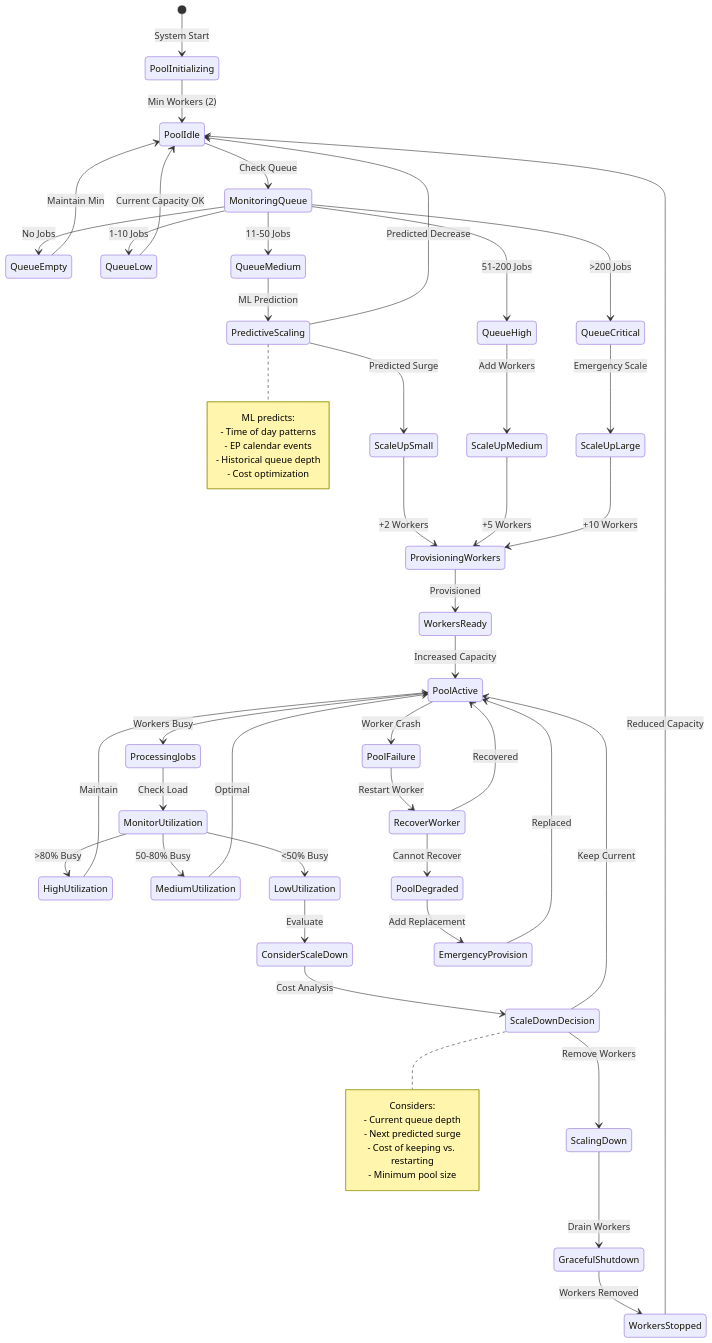
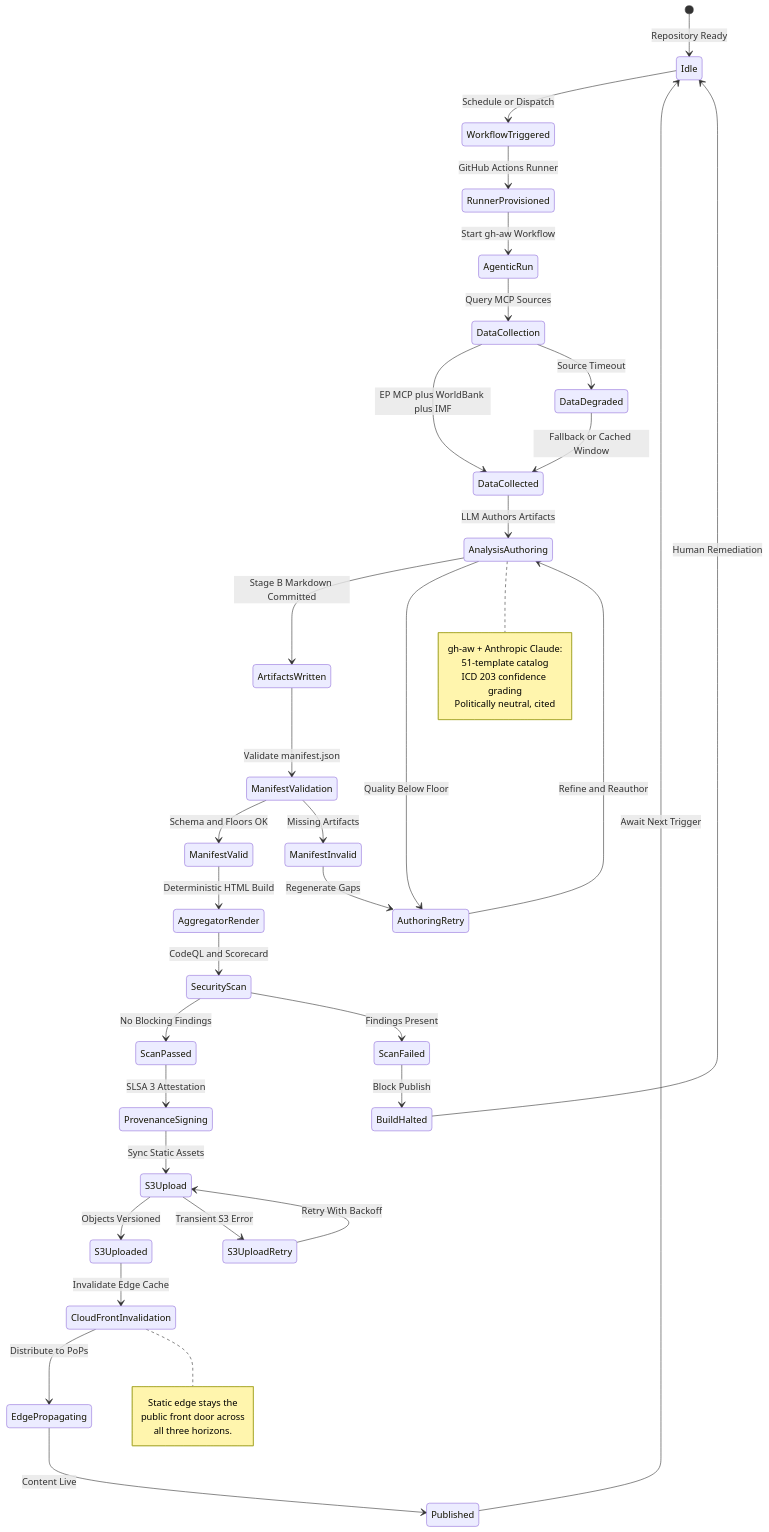
One commit to Hack23/euparliamentmonitor changed the second of 9 diagrams in FUTURE_STATEDIAGRAM.md. Above: the diagram before and after it, drawn with Mermaid. The commit also changed other lines of this file and 5 other files, not shown here.

Commit message:
docs: rewrite FUTURE architecture portfolio for v2.0/v3.0 all-in-AWS vision

````diff
--- a/FUTURE_STATEDIAGRAM.md
+++ b/FUTURE_STATEDIAGRAM.md
@@ -439,75 +178,57 @@
 ```mermaid
 stateDiagram-v2
-    [*] --> PoolInitializing: System Start
+    [*] --> Idle: Repository Ready
 
-    PoolInitializing --> PoolIdle: Min Workers (2)
+    Idle --> WorkflowTriggered: Schedule or Dispatch
+    WorkflowTriggered --> RunnerProvisioned: GitHub Actions Runner
 
-    PoolIdle --> MonitoringQueue: Check Queue
+    RunnerProvisioned --> AgenticRun: Start gh-aw Workflow
+    AgenticRun --> DataCollection: Query MCP Sources
 
-    MonitoringQueue --> QueueEmpty: No Jobs
-    MonitoringQueue --> QueueLow: 1-10 Jobs
-    MonitoringQueue --> QueueMedium: 11-50 Jobs
-    MonitoringQueue --> QueueHigh: 51-200 Jobs
-    MonitoringQueue --> QueueCritical: >200 Jobs
+    DataCollection --> DataCollected: EP MCP plus WorldBank plus IMF
+    DataCollection --> DataDegraded: Source Timeout
+    DataDegraded --> DataCollected: Fallback or Cached Window
 
-    QueueEmpty --> PoolIdle: Maintain Min
-    QueueLow --> PoolIdle: Current Capacity OK
+    DataCollected --> AnalysisAuthoring: LLM Authors Artifacts
+    AnalysisAuthoring --> ArtifactsWritten: Stage B Markdown Committed
+    AnalysisAuthoring --> AuthoringRetry: Quality Below Floor
+    AuthoringRetry --> AnalysisAuthoring: Refine and Reauthor
 
-    QueueMedium --> PredictiveScaling: ML Prediction
-    PredictiveScaling --> ScaleUpSmall: Predicted Surge
-    PredictiveScaling --> PoolIdle: Predicted Decrease
+    ArtifactsWritten --> ManifestValidation: Validate manifest.json
+    ManifestValidation --> ManifestValid: Schema and Floors OK
+    ManifestValidation --> ManifestInvalid: Missing Artifacts
+    ManifestInvalid --> AuthoringRetry: Regenerate Gaps
 
-    QueueHigh --> ScaleUpMedium: Add Workers
-    QueueCritical --> ScaleUpLarge: Emergency Scale
+    ManifestValid --> AggregatorRender: Deterministic HTML Build
+    AggregatorRender --> SecurityScan: CodeQL and Scorecard
+    SecurityScan --> ScanPassed: No Blocking Findings
+    SecurityScan --> ScanFailed: Findings Present
+    ScanFailed --> BuildHalted: Block Publish
 
-    ScaleUpSmall --> ProvisioningWorkers: +2 Workers
-    ScaleUpMedium --> ProvisioningWorkers: +5 Workers
-    ScaleUpLarge --> ProvisioningWorkers: +10 Workers
+    ScanPassed --> ProvenanceSigning: SLSA 3 Attestation
+    ProvenanceSigning --> S3Upload: Sync Static Assets
 
-    ProvisioningWorkers --> WorkersReady: Provisioned
-    WorkersReady --> PoolActive: Increased Capacity
+    S3Upload --> S3Uploaded: Objects Versioned
+    S3Upload --> S3UploadRetry: Transient S3 Error
+    S3UploadRetry --> S3Upload: Retry With Backoff
 
-    PoolActive --> ProcessingJobs: Workers Busy
+    S3Uploaded --> CloudFrontInvalidation: Invalidate Edge Cache
+    CloudFrontInvalidation --> EdgePropagating: Distribute to PoPs
+    EdgePropagating --> Published: Content Live
 
-    ProcessingJobs --> MonitorUtilization: Check Load
+    Published --> Idle: Await Next Trigger
+    BuildHalted --> Idle: Human Remediation
 
-    MonitorUtilization --> HighUtilization: >80% Busy
-    MonitorUtilization --> MediumUtilization: 50-80% Busy
-    MonitorUtilization --> LowUtilization: <50% Busy
-
-    HighUtilization --> PoolActive: Maintain
-    MediumUtilization --> PoolActive: Optimal
-    LowUtilization --> ConsiderScaleDown: Evaluate
-
-    ConsiderScaleDown --> ScaleDownDecision: Cost Analysis
-    ScaleDownDecision --> ScalingDown: Remove Workers
-    ScaleDownDecision --> PoolActive: Keep Current
-
-    ScalingDown --> GracefulShutdown: Drain Workers
-    GracefulShutdown --> WorkersStopped: Workers Removed
-    WorkersStopped --> PoolIdle: Reduced Capacity
-
-    PoolActive --> PoolFailure: Worker Crash
-    PoolFailure --> RecoverWorker: Restart Worker
-    RecoverWorker --> PoolActive: Recovered
-    RecoverWorker --> PoolDegraded: Cannot Recover
-
-    PoolDegraded --> EmergencyProvision: Add Replacement
-    EmergencyProvision --> PoolActive: Replaced
-
-    note right of PredictiveScaling
-        ML predicts:
-        - Time of day patterns
-        - EP calendar events
-        - Historical queue depth
-        - Cost optimization
+    note right of AnalysisAuthoring
+        gh-aw + Anthropic Claude:
+        51-template catalog
+        ICD 203 confidence grading
+        Politically neutral, cited
     end note
 
-    note right of ScaleDownDecision
-        Considers:
-        - Current queue depth
-        - Next predicted surge
-        - Cost of keeping vs. restarting
-        - Minimum pool size
+    note right of CloudFrontInvalidation
+        Static edge stays the
+        public front door across
+        all three horizons.
     end note
 ```
````
